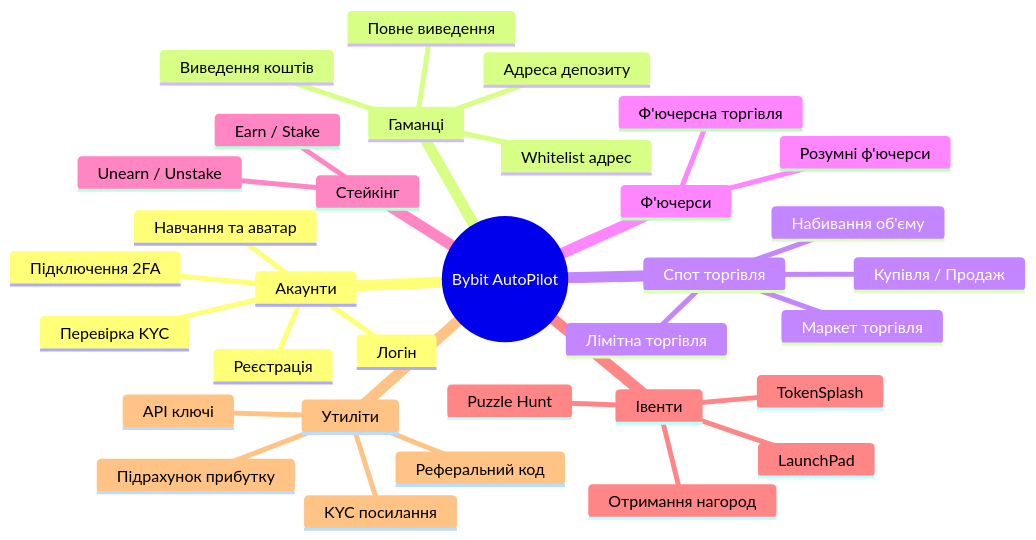
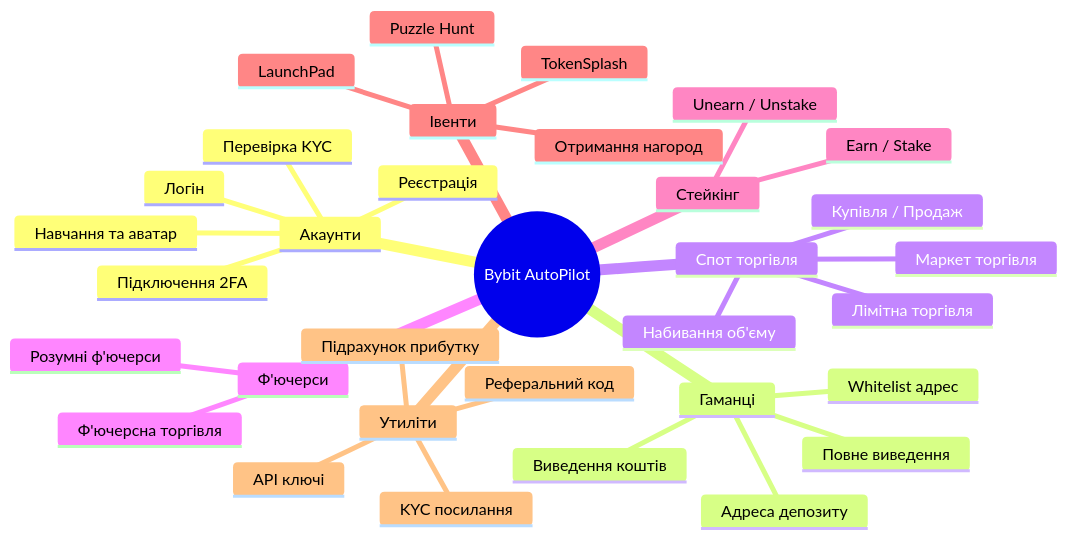
One commit to AutoPilotSoftware/docs changed the second of 12 diagrams in src/content/docs/ua/exchanges/bybit-autopilot.md. Above: the diagram before and after it, drawn with Mermaid. The commit also changed other lines of this file and 2 other files, not shown here.

````diff
--- a/src/content/docs/ua/exchanges/bybit-autopilot.md
+++ b/src/content/docs/ua/exchanges/bybit-autopilot.md
@@ -81,36 +81,36 @@
 ```mermaid
 mindmap
   root((Bybit AutoPilot))
     Акаунти
-      Реєстрацiя
-      Логiн
-      Перевiрка KYC
-      Пiдключення 2FA
+      Реєстрація
+      Логін
+      Перевірка KYC
+      Підключення 2FA
       Навчання та аватар
-    Гаманцi
+    Гаманці
       Адреса депозиту
       Whitelist адрес
-      Виведення коштiв
+      Виведення коштів
       Повне виведення
-    Спот торгiвля
-      Маркет торгiвля
-      Лiмiтна торгiвля
-      Купiвля / Продаж
+    Спот торгівля
+      Маркет торгівля
+      Лімітна торгівля
+      Купівля / Продаж
       Набивання об'єму
     Ф'ючерси
-      Ф'ючерсна торгiвля
-      Розумнi ф'ючерси
-    Стейкiнг
+      Ф'ючерсна торгівля
+      Розумні ф'ючерси
+    Стейкінг
       Earn / Stake
       Unearn / Unstake
-    Iвенти
+    Івенти
       TokenSplash
       LaunchPad
       Puzzle Hunt
       Отримання нагород
-    Утилiти
-      API ключi
-      Пiдрахунок прибутку
+    Утиліти
+      API ключі
+      Підрахунок прибутку
       Реферальний код
       KYC посилання
 ```
````
